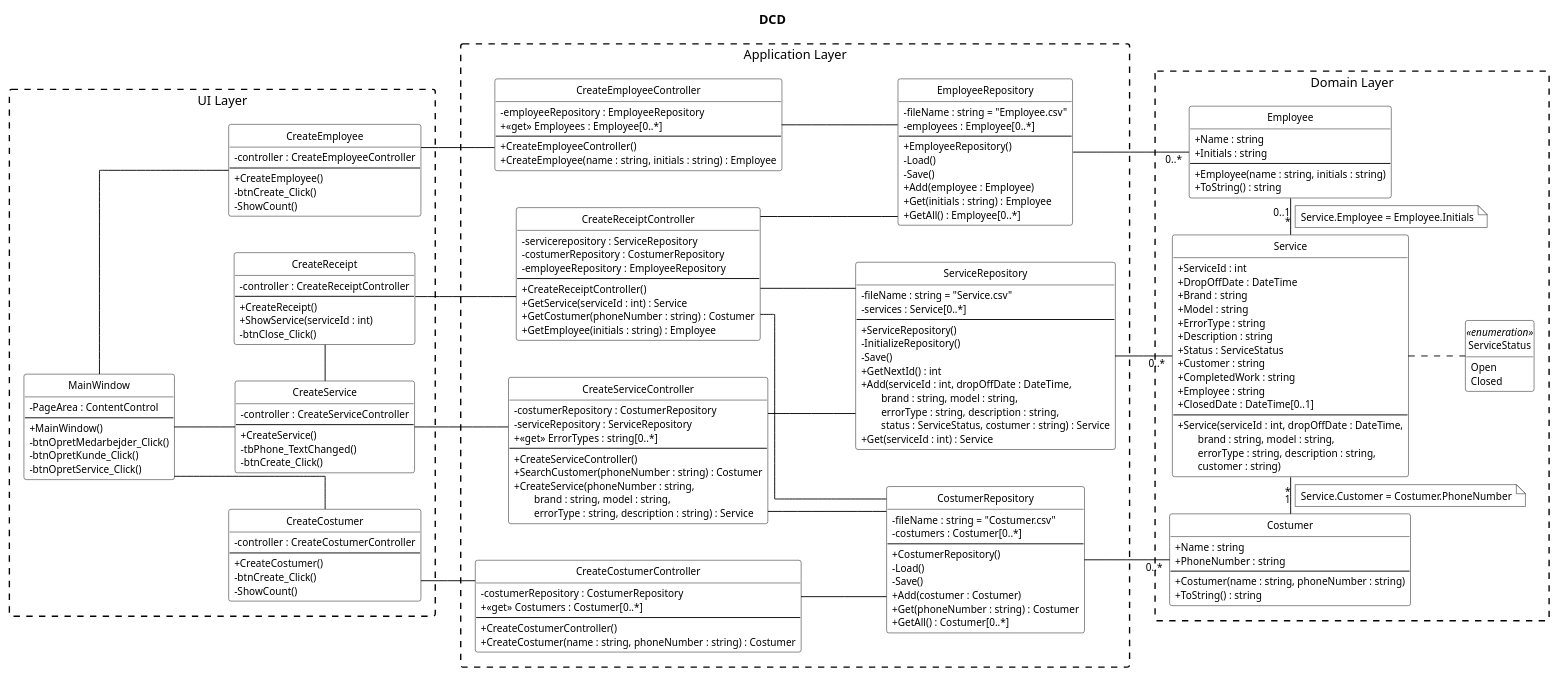
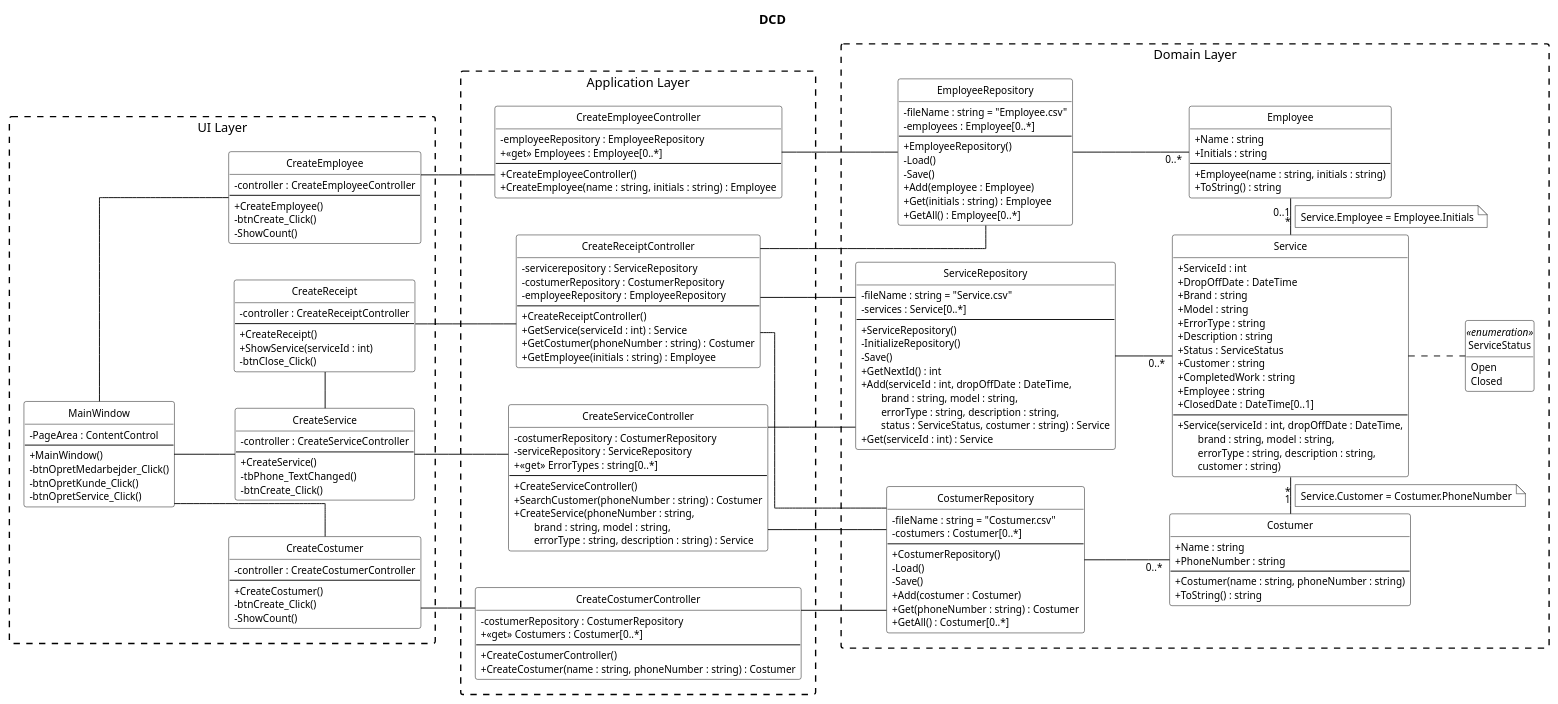
The diagram in 7. Design Class Diagram/designklassediagram Sprint 1.puml (Zoabz/Getting-Real), drawn with PlantUML before and after one commit. The commit also changed 3 other files, not shown here.

```diff
--- a/7. Design Class Diagram/designklassediagram Sprint 1.puml
+++ b/7. Design Class Diagram/designklassediagram Sprint 1.puml
@@ -4,7 +4,7 @@
 ' Dækker siderne Hovedvindue, Opret medarbejder, Opret kunde, Opret service og Service kvittering.
 ' Service oversigt (UC5) er ikke med.
 ' Stil som undervisningens lagdelte DCD'er (Pr19 Disaheim og Pr20 BookMeeting):
-' UI Layer -> Application Layer (use case controllers + repositories) -> Domain Layer.
+' UI Layer -> Application Layer (use case controllers) -> Domain Layer (repositories + domæneklasser).
 ' Hver besked i sekvensdiagrammerne ("6. Sekvens Diagrammer") er en operation i modtagerens klasse.
 ' Klasse- og metodenavne er de samme som i koden (fx Costumer og CostumerRepository).
 
@@ -127,6 +127,10 @@
     + GetCostumer(phoneNumber : string) : Costumer
     + GetEmployee(initials : string) : Employee
   }
+}
+
+' =====================================================================
+package "Domain Layer" {
 
   class EmployeeRepository {
     - fileName : string = "Employee.csv"
@@ -166,10 +170,6 @@
     <U+2003><U+2003>status : ServiceStatus, costumer : string) : Service
     + Get(serviceId : int) : Service
   }
-}
-
-' =====================================================================
-package "Domain Layer" {
 
   class Employee {
     + Name : string
```
